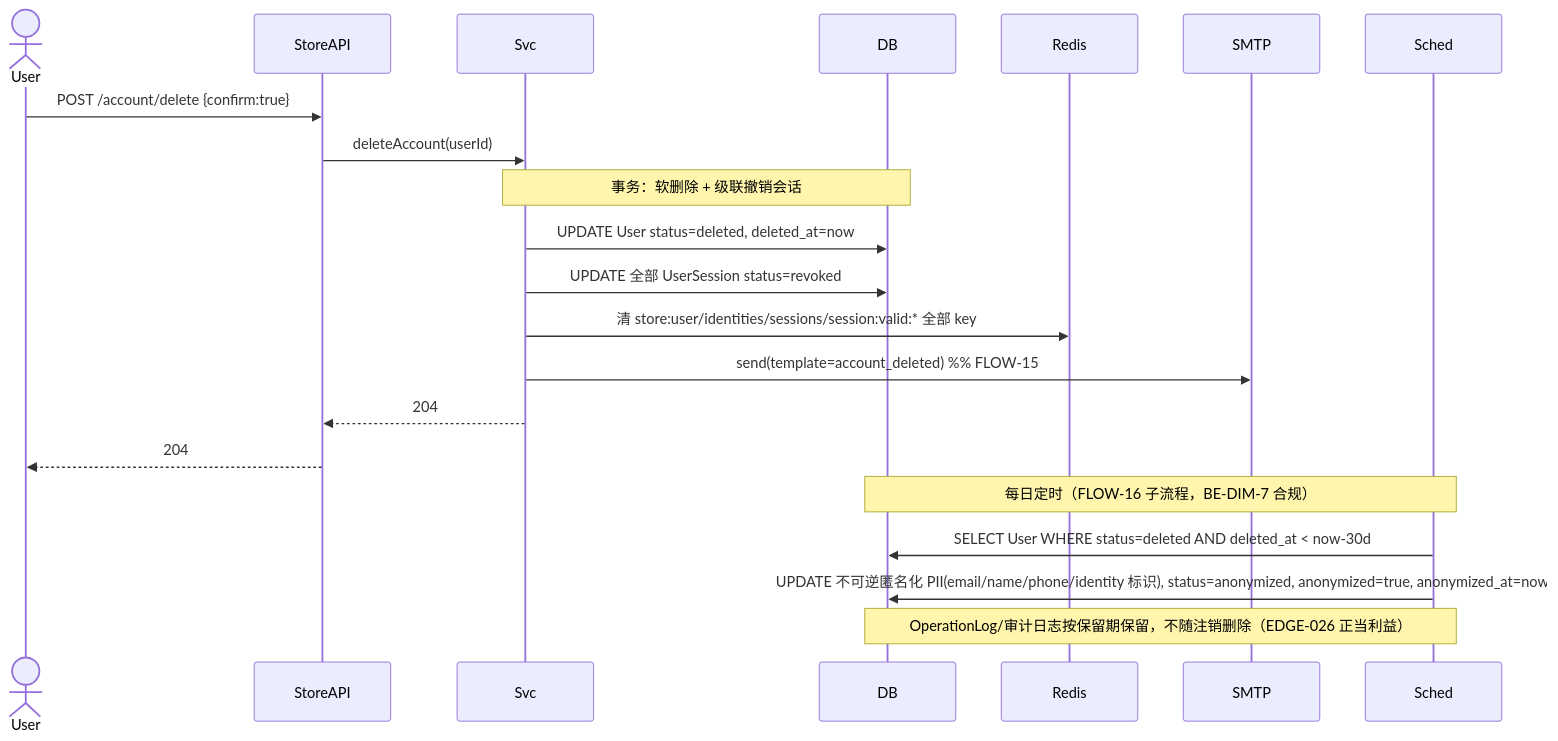
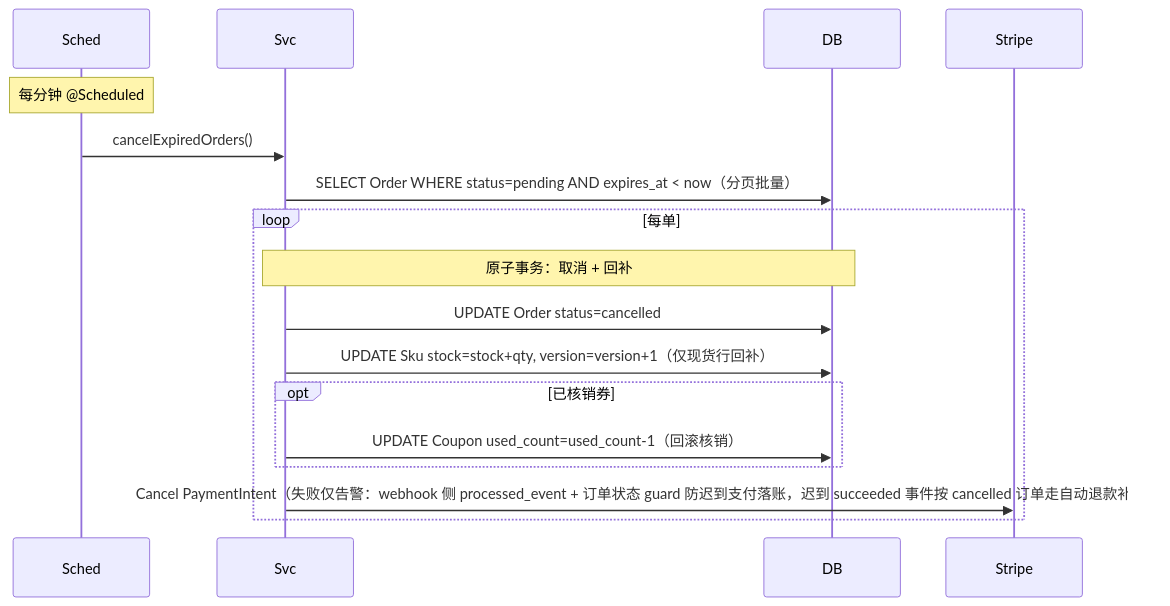
Before and after one commit to hptec/dreamy: the eighth of 20 diagrams in hhspec/specs/architecture/data-flow.md, drawn with Mermaid. The commit also changed other lines of this file and 180 other files, not shown here.

````diff
--- a/hhspec/specs/architecture/data-flow.md
+++ b/hhspec/specs/architecture/data-flow.md
@@ -314,25 +342,20 @@
 ```mermaid
 sequenceDiagram
-    actor User
-    participant StoreAPI
+    participant Sched
     participant Svc
     participant DB
-    participant Redis
-    participant SMTP
-    participant Sched
+    participant Stripe
 
-    User->>StoreAPI: POST /account/delete {confirm:true}
-    StoreAPI->>Svc: deleteAccount(userId)
-    Note over Svc,DB: 事务：软删除 + 级联撤销会话
-    Svc->>DB: UPDATE User status=deleted, deleted_at=now
-    Svc->>DB: UPDATE 全部 UserSession status=revoked
-    Svc->>Redis: 清 store:user/identities/sessions/session:valid:* 全部 key
-    Svc->>SMTP: send(template=account_deleted) %% FLOW-15
-    Svc-->>StoreAPI: 204
-    StoreAPI-->>User: 204
-
-    Note over Sched,DB: 每日定时（FLOW-16 子流程，BE-DIM-7 合规）
-    Sched->>DB: SELECT User WHERE status=deleted AND deleted_at < now-30d
-    Sched->>DB: UPDATE 不可逆匿名化 PII(email/name/phone/identity 标识), status=anonymized, anonymized=true, anonymized_at=now
-    Note over Sched,DB: OperationLog/审计日志按保留期保留，不随注销删除（EDGE-026 正当利益）
+    Note over Sched: 每分钟 @Scheduled
+    Sched->>Svc: cancelExpiredOrders()
+    Svc->>DB: SELECT Order WHERE status=pending AND expires_at < now（分页批量）
+    loop 每单
+        Note over Svc,DB: 原子事务：取消 + 回补
+        Svc->>DB: UPDATE Order status=cancelled
+        Svc->>DB: UPDATE Sku stock=stock+qty, version=version+1（仅现货行回补）
+        opt 已核销券
+            Svc->>DB: UPDATE Coupon used_count=used_count-1（回滚核销）
+        end
+        Svc->>Stripe: Cancel PaymentIntent（失败仅告警：webhook 侧 processed_event + 订单状态 guard 防迟到支付落账，迟到 succeeded 事件按 cancelled 订单走自动退款补偿）
+    end
 ```
````
